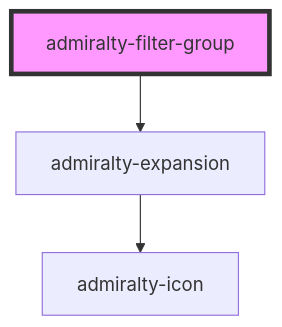
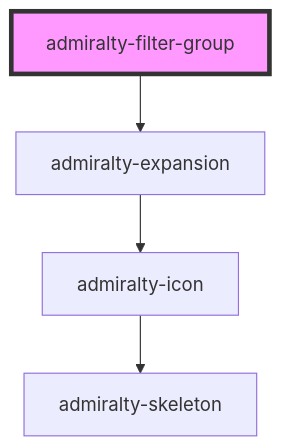
The diagram in packages/core/src/components/filter-group/readme.md (UKHO/admiralty-design-system), drawn with Mermaid before and after one commit. The commit also changed 48 other files, not shown here.

````diff
--- a/packages/core/src/components/filter-group/readme.md
+++ b/packages/core/src/components/filter-group/readme.md
@@ -29,6 +29,7 @@
 ```mermaid
 graph TD;
   admiralty-filter-group --> admiralty-expansion
   admiralty-expansion --> admiralty-icon
+  admiralty-icon --> admiralty-skeleton
   style admiralty-filter-group fill:#f9f,stroke:#333,stroke-width:4px
 ```
````
